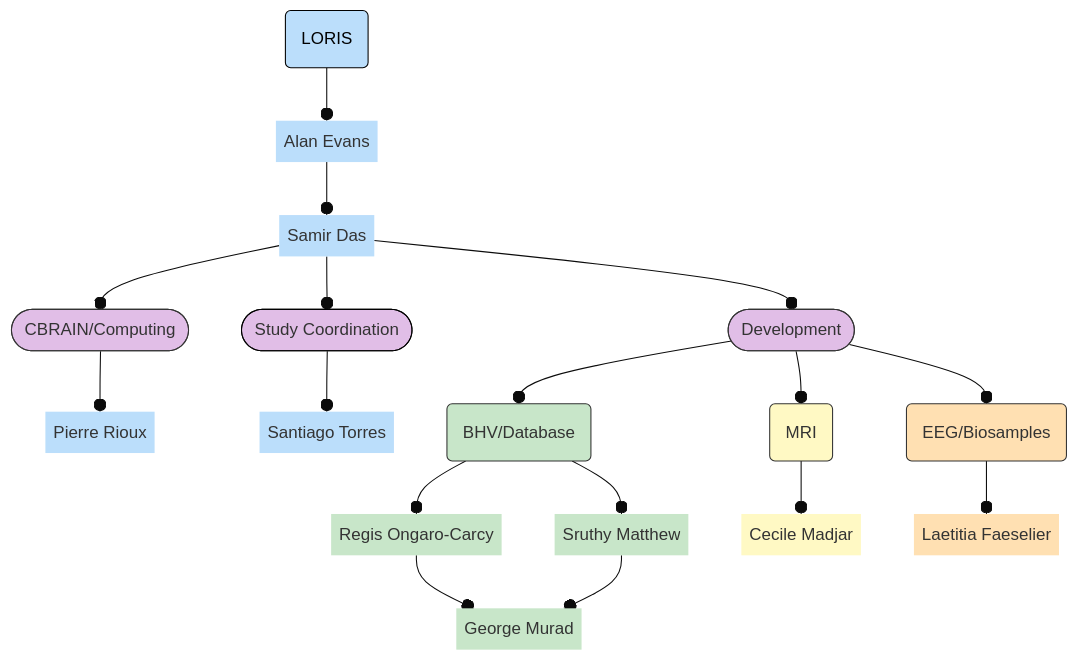
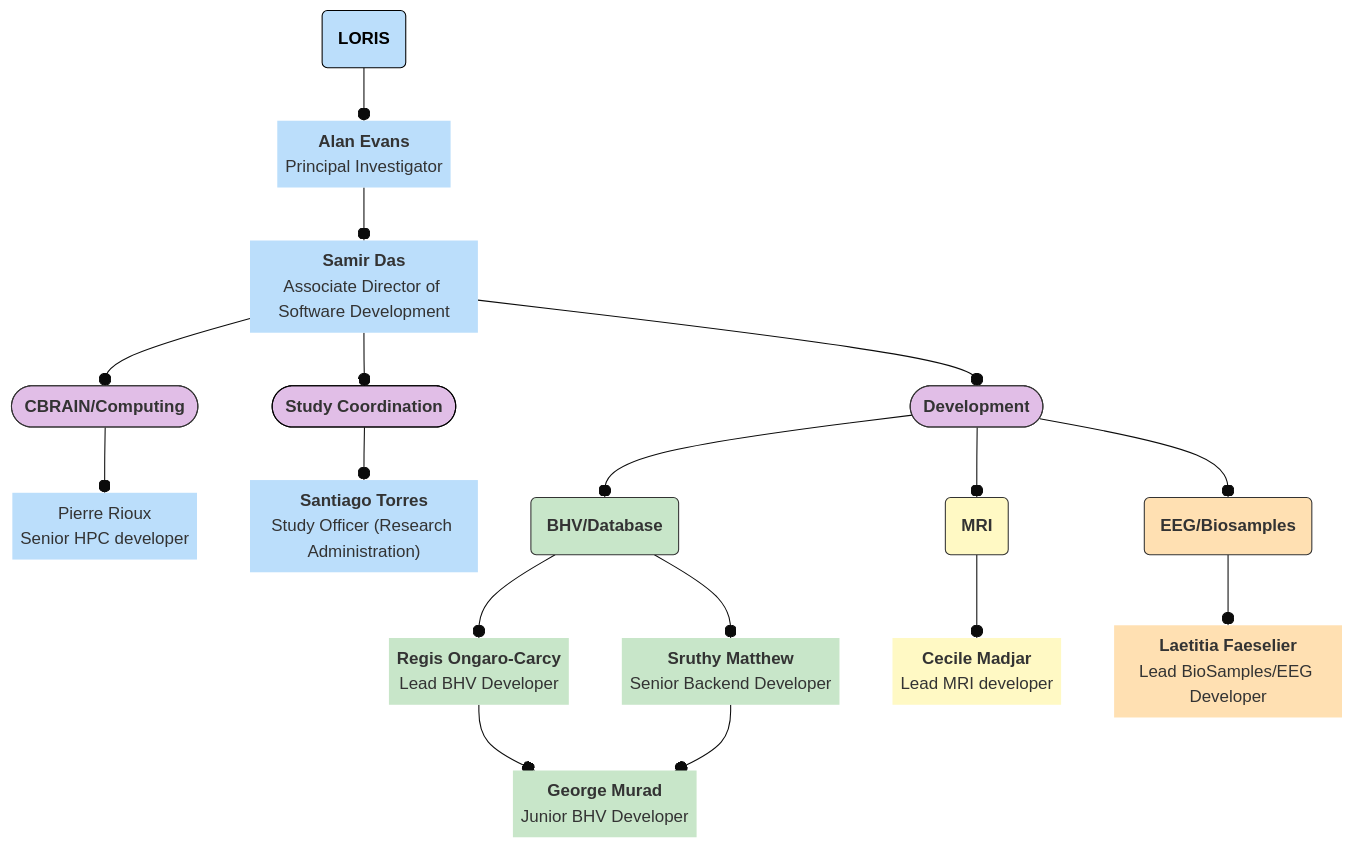
One commit to DCAN-Labs/hbcd-docs-internal changed the diagram in docs/orgcharts.md. Above: the diagram before and after it, drawn with Mermaid (base theme). The commit also changed other lines of this file, not shown here.

Commit message:
polish org charts

````diff
--- a/docs/orgcharts.md
+++ b/docs/orgcharts.md
@@ -5,44 +5,44 @@
 ```mermaid
 flowchart TB
-    Z["LORIS"] --o A["Alan Evans"]
-    A --o nl["Samir Das"]
-    nl --o n9(["Study Coordination"]) & C(["CBRAIN/Computing"]) & B(["Development"])
-    C --o D["Pierre Rioux"]
-    n9 --o E["Santiago Torres"]
-    B --o F["BHV/Database"] & H["EEG/Biosamples"] & G["MRI"]
-    F --o I["Regis Ongaro-Carcy"] & J["Sruthy Matthew"]
-    I --o K["George Murad"]
+    Z["<b>LORIS</b>"] --o A@{ label: "<b>Alan Evans</b><br>Principal Investigator" }
+    A --o nl["<b>Samir Das</b><br>Associate Director of Software Development"] 
+    nl --o n9(["<b>Study Coordination</b>"]) & C(["<b>CBRAIN/Computing</b>"]) & B(["<b>Development</b>"])
+    C --o D["Pierre Rioux<br>Senior HPC developer"]
+    n9 --o E["<b>Santiago Torres</b><br>Study Officer (Research Administration)"]
+    B --o F["<b>BHV/Database</b>"] & H["<b>EEG/Biosamples</b>"] & G["<b>MRI</b>"]
+    F --o I["<b>Regis Ongaro-Carcy</b><br>Lead BHV Developer"] & J["<b>Sruthy Matthew</b><br>Senior Backend Developer "]
+    I --o K["<b>George Murad</b><br>Junior BHV Developer"]
     J --o K
-    G --o L["Cecile Madjar"]
-    H --o M["Laetitia Faeselier"]
+    G --o L["<b>Cecile Madjar</b><br>Lead MRI developer"]
+    H --o M["<b>Laetitia Faeselier</b><br>Lead BioSamples/EEG Developer"]
 
     Z@{ shape: rounded}
     A@{ shape: text}
     nl@{ shape: text}
     D@{ shape: text}
     E@{ shape: text}
     F@{ shape: rounded}
     H@{ shape: rounded}
     G@{ shape: rounded}
     I@{ shape: text}
     J@{ shape: text}
     K@{ shape: text}
     L@{ shape: text}
     M@{ shape: text}
     style Z stroke:#000000,fill:#BBDEFB,color:#000000
     style A stroke:#000000,fill:#BBDEFB
     style nl stroke:#000000,fill:#BBDEFB
     style n9 stroke:#000000,fill:#E1BEE7,stroke-width:1px,stroke-dasharray: 0
     style C stroke:#333,fill:#E1BEE7
     style B stroke:#333,fill:#E1BEE7
     style D stroke:#333,fill:#BBDEFB
     style E stroke:#333,fill:#BBDEFB
     style F stroke:#333,fill:#C8E6C9
     style H stroke:#333,fill:#FFE0B2
     style G stroke:#333,fill:#FFF9C4
     style I stroke:#333,fill:#C8E6C9
     style J stroke:#333,fill:#C8E6C9
     style K stroke:#333,fill:#C8E6C9
     style L stroke:#000000,fill:#FFF9C4
     style M fill:#FFE0B2,stroke:#000000
 ```
````
